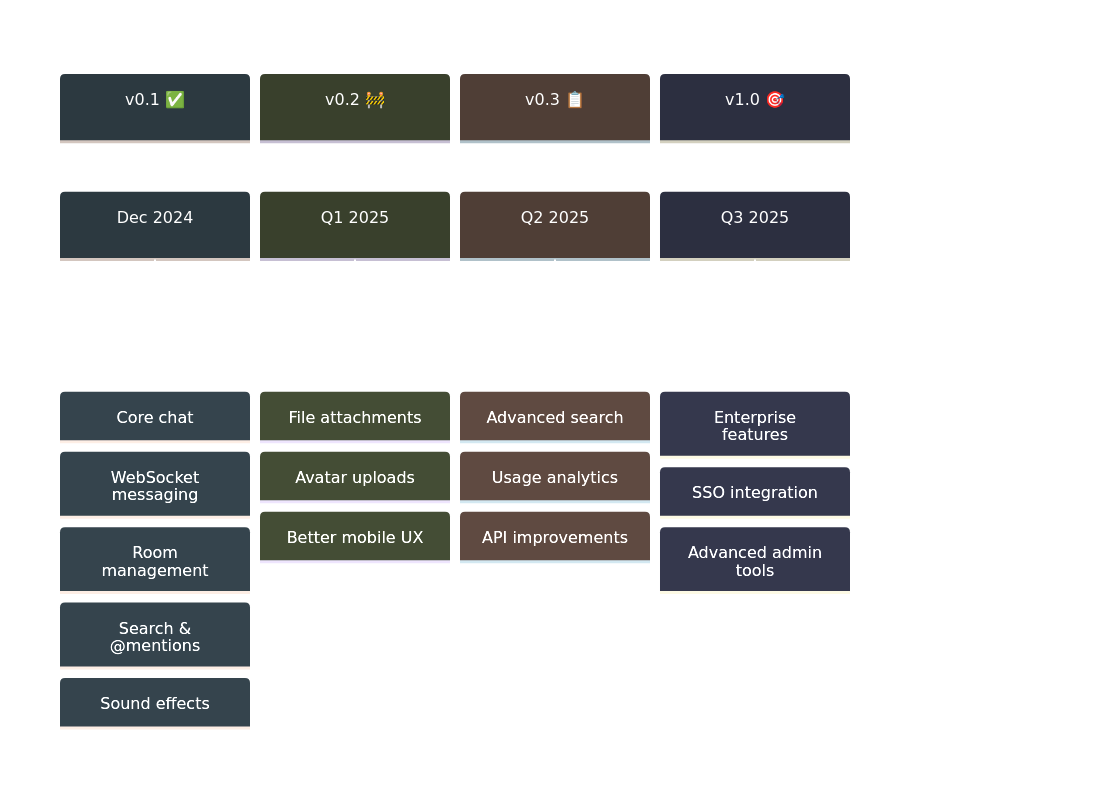
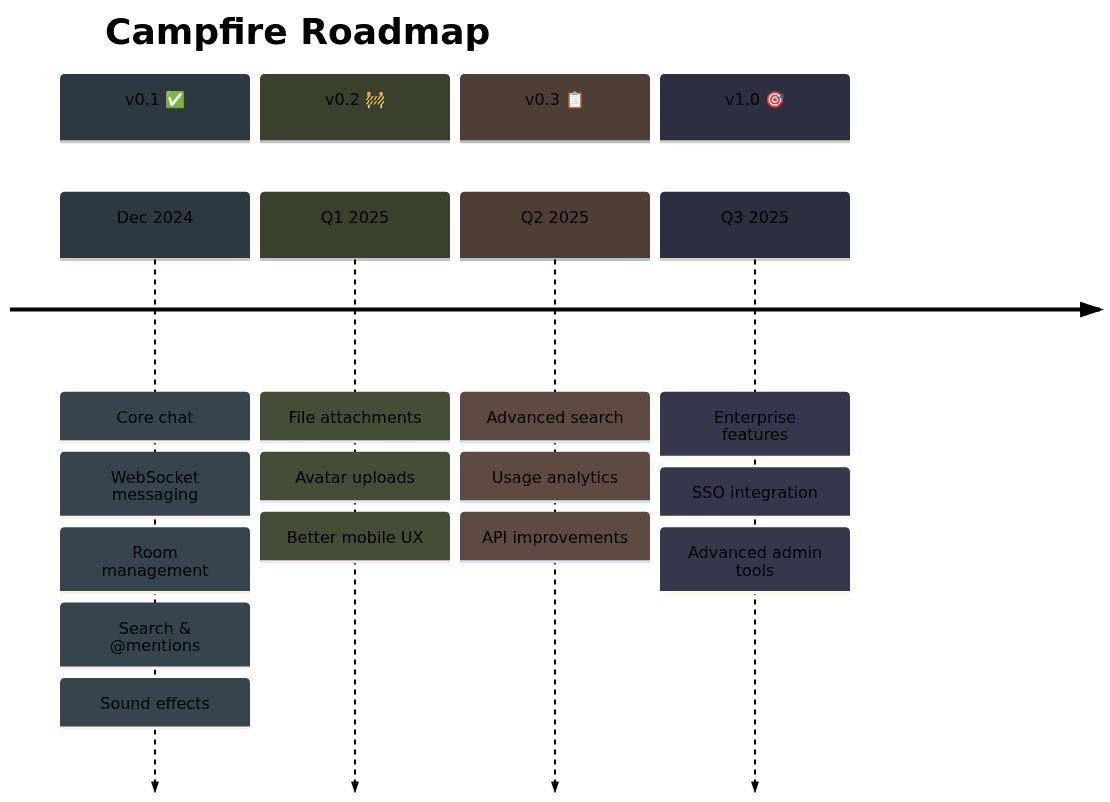
One commit to that-in-rust/campfire-on-rust changed the sixth of 6 diagrams in README.md. Above: the diagram before and after it, drawn with Mermaid. The commit also changed other lines of this file and 4 other files, not shown here.

First line of the commit message:
✨ Improve branding and mermaid diagrams

````diff
--- a/README.md
+++ b/README.md
@@ -171,27 +171,27 @@
 ```mermaid
-%%{init: {'theme':'base', 'themeVariables': {'primaryColor':'#607d8b','primaryTextColor':'#ffffff','primaryBorderColor':'#607d8b','lineColor':'#333333'}}}%%
+%%{init: {'theme':'base', 'themeVariables': {'primaryColor':'#607d8b','primaryTextColor':'#000000','primaryBorderColor':'#607d8b','lineColor':'#333333'}}}%%
 timeline
     title Campfire Roadmap
     
     section v0.1 ✅
         Dec 2024 : Core chat
                  : WebSocket messaging
                  : Room management
                  : Search & @mentions
                  : Sound effects
     
     section v0.2 🚧
         Q1 2025 : File attachments
                 : Avatar uploads
                 : Better mobile UX
     
     section v0.3 📋
         Q2 2025 : Advanced search
                 : Usage analytics
                 : API improvements
     
     section v1.0 🎯
         Q3 2025 : Enterprise features
                 : SSO integration
                 : Advanced admin tools
 ```
````
